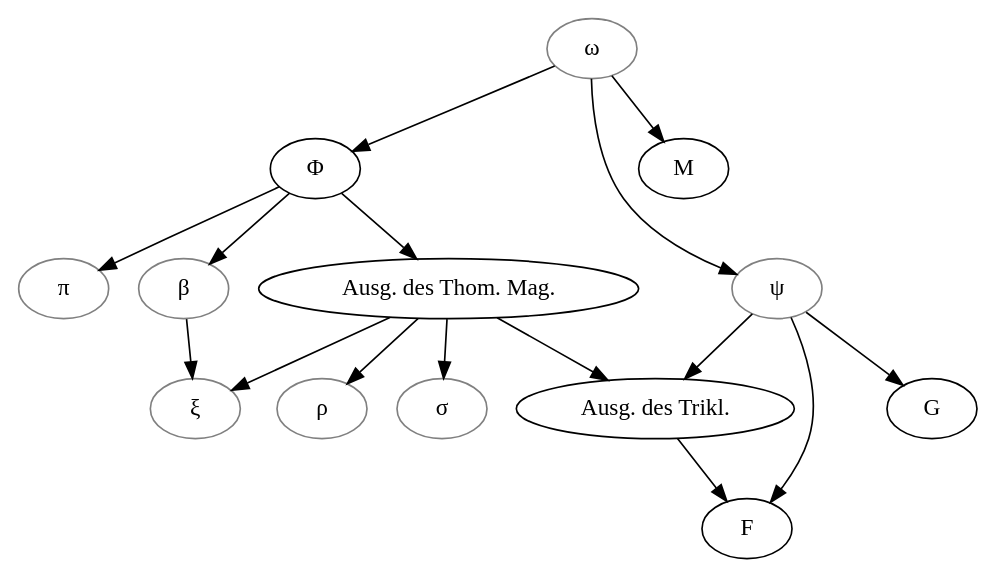
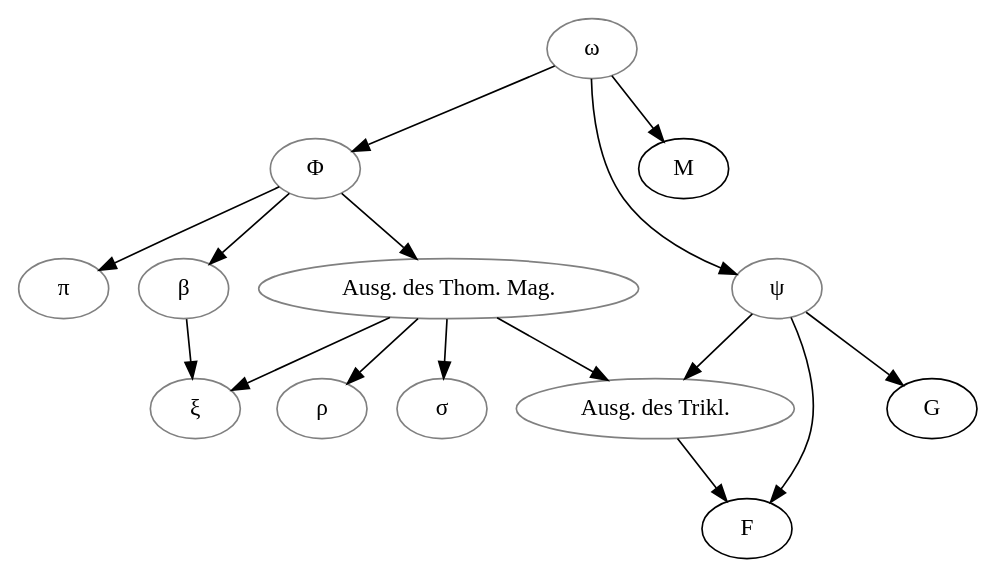
One commit to OpenStemmata/database changed the diagram in data/grc/Erbse_1961_Aischylos-Drama/stemma.gv. Above: the diagram before and after it, drawn with Graphviz. The commit also changed 8 other files, not shown here.

```diff
--- a/data/grc/Erbse_1961_Aischylos-Drama/stemma.gv
+++ b/data/grc/Erbse_1961_Aischylos-Drama/stemma.gv
@@ -1,27 +1,27 @@
 digraph {
 archetyp[color="grey", label="ω"]
-phi [label="Φ"] 
+phi [color="grey", label="Φ"] 
 pi[color="grey", label="π"] 
 beta [color="grey", label="β"] 
 xi [color="grey", label="ξ"] 
 rho [color="grey", label="ρ"] 
 sigma [color="grey", label="σ"] 
 psi [color="grey", label="ψ"] 
-ThomMag [label="Ausg. des Thom. Mag."] 
-Trikl [label="Ausg. des Trikl."] 
+ThomMag [label="Ausg. des Thom. Mag.", color="grey"] 
+Trikl [label="Ausg. des Trikl.", color="grey"] 
 archetyp -> M ; 
 archetyp -> phi ; 
 phi -> pi ; 
 phi -> beta ; 
 phi -> ThomMag ;
 beta -> xi ;
 ThomMag -> xi ;
 ThomMag -> rho ;
 ThomMag -> sigma ; 
 archetyp -> psi ;
 psi -> Trikl ;
 ThomMag -> Trikl ;
 Trikl -> F ;
 psi -> F ;
 psi -> G ;
 }
```
